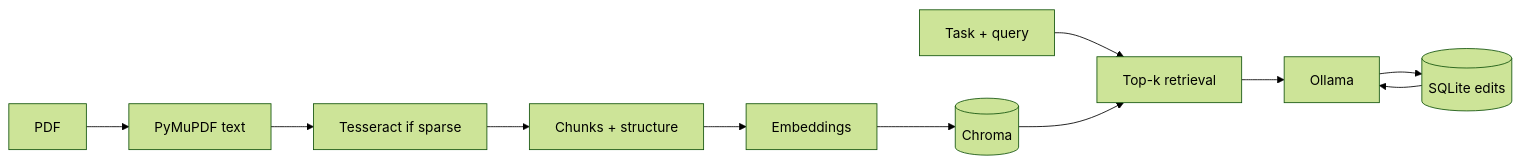
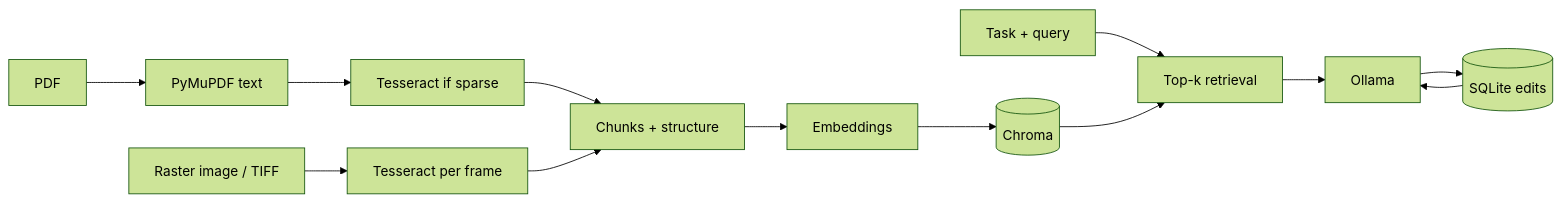
One commit to noman024/legal-document-intelligence changed the diagram in README.md. Above: the diagram before and after it, drawn with Mermaid (forest theme). The commit also changed other lines of this file and 18 other files, not shown here.

Commit message:
Enhanced ingestion and citation handling: Added support for image uploads (PNG, JPEG, WebP, TIFF) with OCR, introduced strict citation checks in drafts, and updated configuration options. Updated README and examples to reflect new features.

````diff
--- a/README.md
+++ b/README.md
@@ -14,12 +14,14 @@
 ```mermaid
 flowchart LR
   PDF[PDF] --> Ext[PyMuPDF text]
   Ext --> OCR[Tesseract if sparse]
+  IMG[Raster image / TIFF] --> IOCR[Tesseract per frame]
   OCR --> Chk[Chunks + structure]
+  IOCR --> Chk
   Chk --> E[Embeddings]
   E --> DB[(Chroma)]
   Q[Task + query] --> R[Top-k retrieval]
   DB --> R --> L[Ollama]
   L --> SQL[(SQLite edits)]
   SQL --> L
 ```
````
